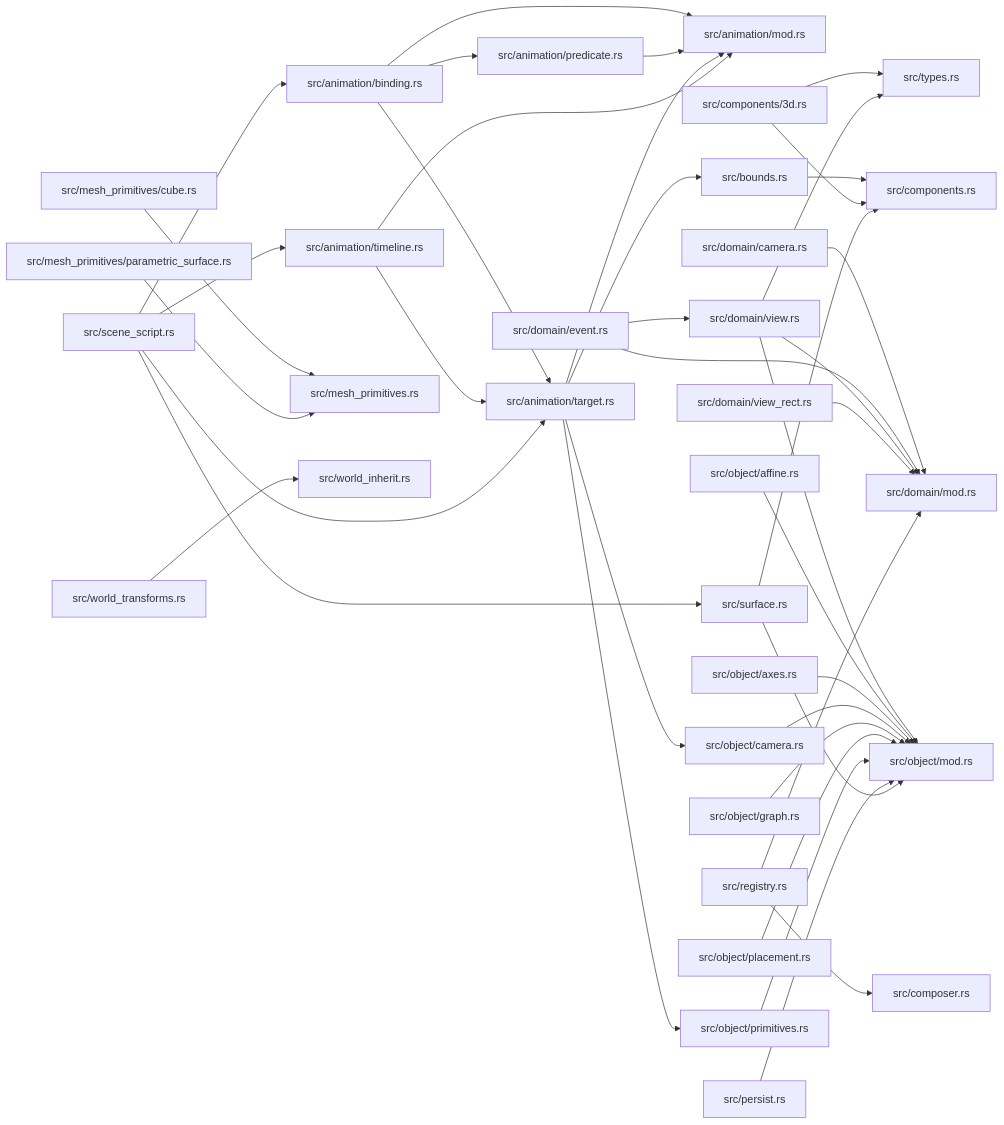
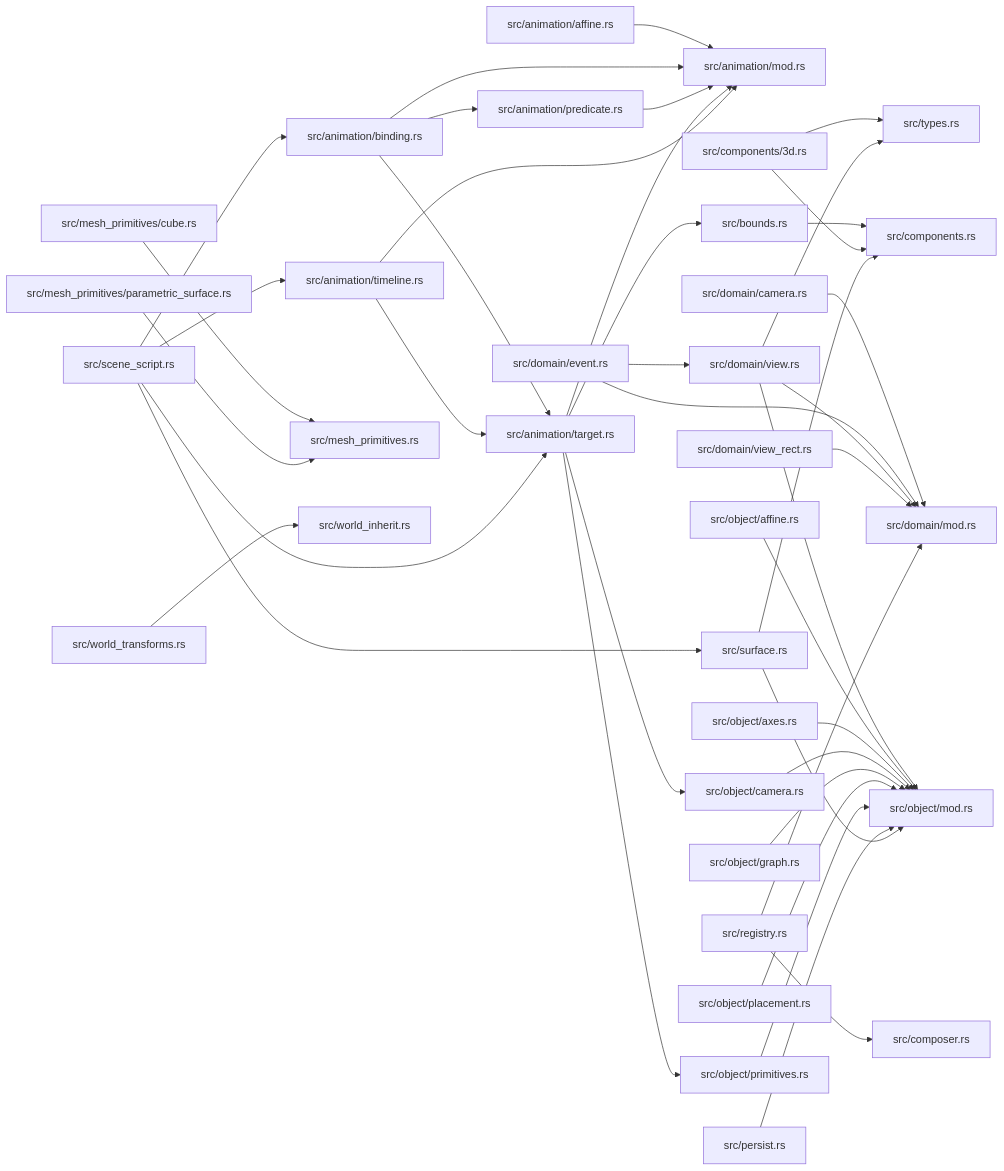
Before and after one commit to xcrtp/zela: the diagram in docs/modules/ze-scene-core.md, drawn with Mermaid. The commit also changed other lines of this file and 25 other files, not shown here.

````diff
--- a/docs/modules/ze-scene-core.md
+++ b/docs/modules/ze-scene-core.md
@@ -65,72 +66,74 @@
 ```mermaid
 graph LR
-    f0["src/animation/binding.rs"]
+    f0["src/animation/affine.rs"]
+    f2["src/animation/binding.rs"]
     f1["src/animation/mod.rs"]
-    f2["src/animation/predicate.rs"]
-    f3["src/animation/target.rs"]
-    f7["src/animation/timeline.rs"]
-    f4["src/bounds.rs"]
-    f8["src/components.rs"]
-    f9["src/components/3d.rs"]
-    f26["src/composer.rs"]
-    f11["src/domain/camera.rs"]
-    f13["src/domain/event.rs"]
-    f12["src/domain/mod.rs"]
-    f14["src/domain/view.rs"]
-    f16["src/domain/view_rect.rs"]
-    f18["src/mesh_primitives.rs"]
-    f17["src/mesh_primitives/cube.rs"]
-    f19["src/mesh_primitives/parametric_surface.rs"]
-    f20["src/object/affine.rs"]
-    f21["src/object/axes.rs"]
-    f5["src/object/camera.rs"]
-    f22["src/object/graph.rs"]
-    f15["src/object/mod.rs"]
-    f23["src/object/placement.rs"]
-    f6["src/object/primitives.rs"]
-    f24["src/persist.rs"]
-    f25["src/registry.rs"]
-    f27["src/scene_script.rs"]
-    f28["src/surface.rs"]
-    f10["src/types.rs"]
-    f30["src/world_inherit.rs"]
-    f29["src/world_transforms.rs"]
+    f3["src/animation/predicate.rs"]
+    f4["src/animation/target.rs"]
+    f8["src/animation/timeline.rs"]
+    f5["src/bounds.rs"]
+    f9["src/components.rs"]
+    f10["src/components/3d.rs"]
+    f27["src/composer.rs"]
+    f12["src/domain/camera.rs"]
+    f14["src/domain/event.rs"]
+    f13["src/domain/mod.rs"]
+    f15["src/domain/view.rs"]
+    f17["src/domain/view_rect.rs"]
+    f19["src/mesh_primitives.rs"]
+    f18["src/mesh_primitives/cube.rs"]
+    f20["src/mesh_primitives/parametric_surface.rs"]
+    f21["src/object/affine.rs"]
+    f22["src/object/axes.rs"]
+    f6["src/object/camera.rs"]
+    f23["src/object/graph.rs"]
+    f16["src/object/mod.rs"]
+    f24["src/object/placement.rs"]
+    f7["src/object/primitives.rs"]
+    f25["src/persist.rs"]
+    f26["src/registry.rs"]
+    f28["src/scene_script.rs"]
+    f29["src/surface.rs"]
+    f11["src/types.rs"]
+    f31["src/world_inherit.rs"]
+    f30["src/world_transforms.rs"]
     f0 --> f1
-    f0 --> f2
-    f0 --> f3
     f2 --> f1
+    f2 --> f3
+    f2 --> f4
     f3 --> f1
-    f3 --> f4
-    f3 --> f5
-    f3 --> f6
-    f7 --> f1
-    f7 --> f3
-    f4 --> f8
-    f9 --> f8
-    f9 --> f10
-    f11 --> f12
-    f13 --> f12
-    f13 --> f14
-    f14 --> f12
+    f4 --> f1
+    f4 --> f5
+    f4 --> f6
+    f4 --> f7
+    f8 --> f1
+    f8 --> f4
+    f5 --> f9
+    f10 --> f9
+    f10 --> f11
+    f12 --> f13
+    f14 --> f13
     f14 --> f15
-    f14 --> f10
-    f16 --> f12
-    f17 --> f18
-    f19 --> f18
-    f20 --> f15
-    f21 --> f15
-    f5 --> f15
-    f22 --> f15
-    f23 --> f15
-    f6 --> f15
-    f24 --> f15
-    f25 --> f26
-    f25 --> f12
-    f27 --> f0
-    f27 --> f3
-    f27 --> f7
-    f27 --> f28
+    f15 --> f13
+    f15 --> f16
+    f15 --> f11
+    f17 --> f13
+    f18 --> f19
+    f20 --> f19
+    f21 --> f16
+    f22 --> f16
+    f6 --> f16
+    f23 --> f16
+    f24 --> f16
+    f7 --> f16
+    f25 --> f16
+    f26 --> f27
+    f26 --> f13
+    f28 --> f2
+    f28 --> f4
     f28 --> f8
-    f28 --> f15
-    f29 --> f30
+    f28 --> f29
+    f29 --> f9
+    f29 --> f16
+    f30 --> f31
 ```
````
